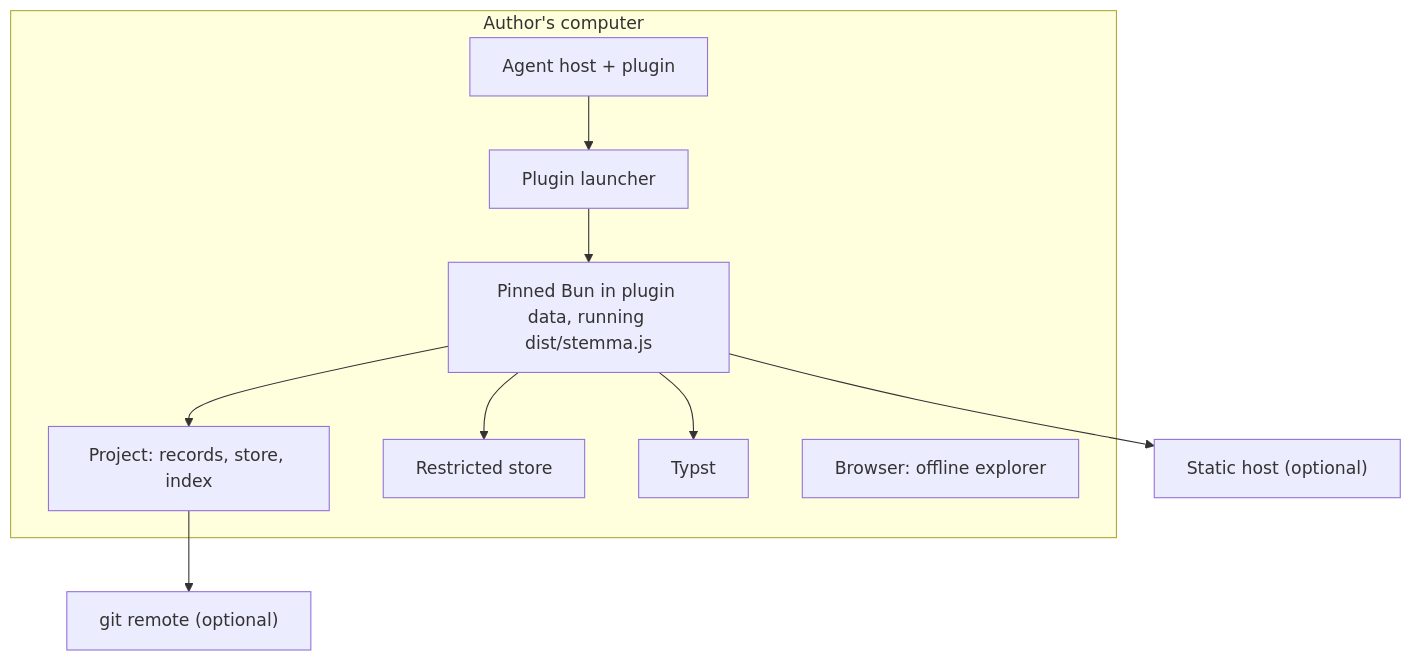
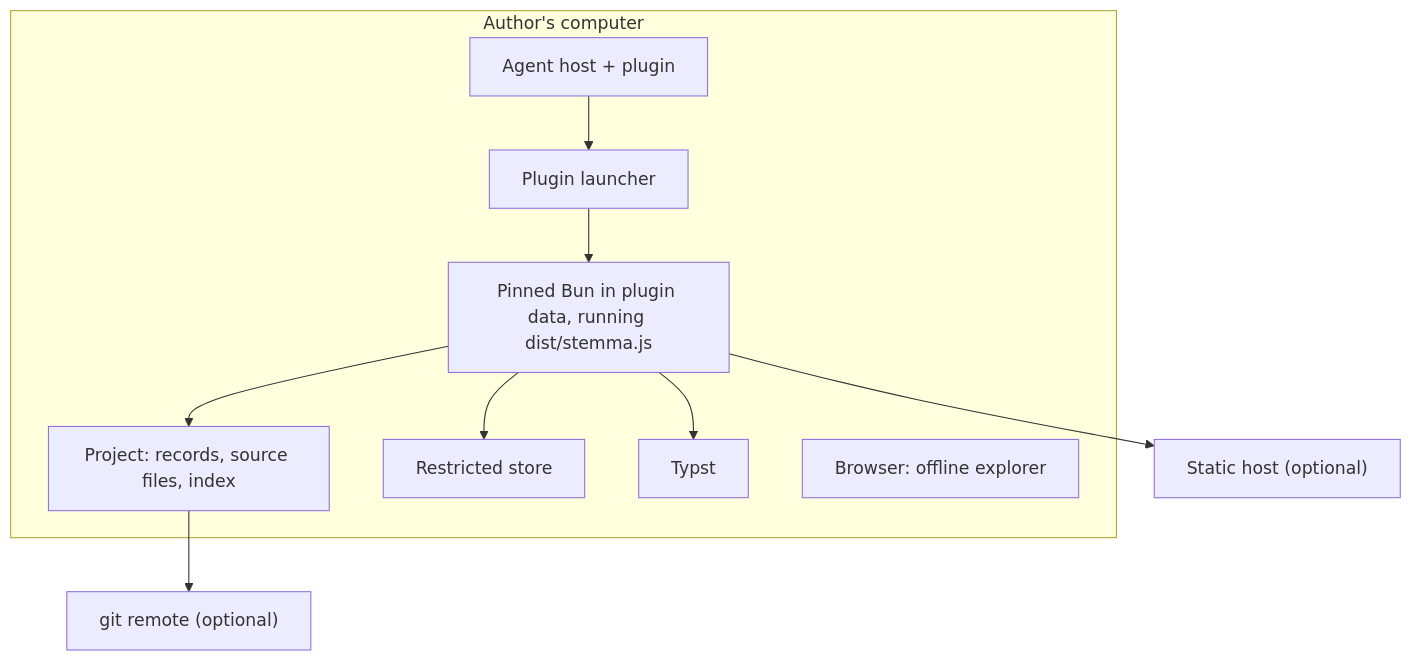
Before and after one commit to DocumentDrivenDX/stemma: the fifth of 6 diagrams in docs/stemma/02-design/architecture.md, drawn with Mermaid. The commit also changed other lines of this file and 80 other files, not shown here.

````diff
--- a/docs/stemma/02-design/architecture.md
+++ b/docs/stemma/02-design/architecture.md
@@ -201,13 +245,13 @@
 ```mermaid
 graph TB
     subgraph Machine["Author's computer"]
       Host["Agent host + plugin"] --> Launcher["Plugin launcher"]
       Launcher --> Bun["Pinned Bun in plugin data, running dist/stemma.js"]
-      Bun --> Project["Project: records, store, index"]
+      Bun --> Project["Project: records, source files, index"]
       Bun --> Outside["Restricted store"]
       Bun --> TypstBin["Typst"]
       Page["Browser: offline explorer"]
     end
     Project --> Remote["git remote (optional)"]
     Bun --> Static["Static host (optional)"]
 ```
````
